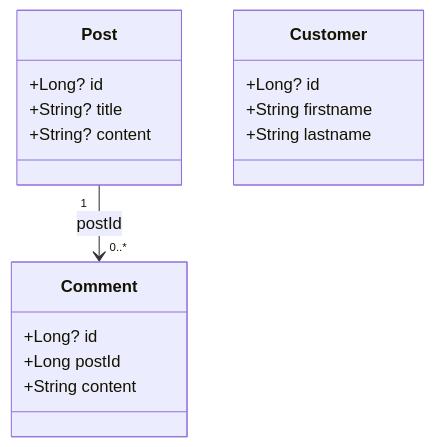
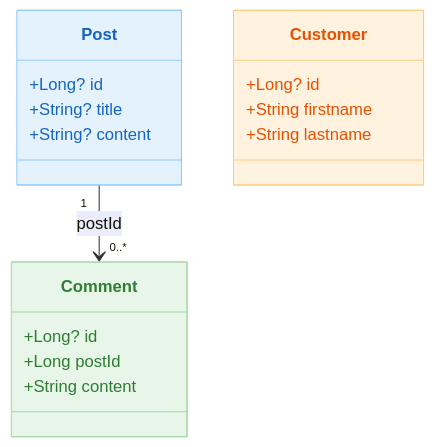
One commit to bluetape4k/exposed-workshop changed the third of 3 diagrams in 02-alternatives-to-jpa/r2dbc-example/README.md. Above: the diagram before and after it, drawn with Mermaid. The commit also changed 56 other files, not shown here.

First line of the commit message:
docs: 전체 README mermaid 다이어그램에 파스텔 톤 색상 적용

````diff
--- a/02-alternatives-to-jpa/r2dbc-example/README.md
+++ b/02-alternatives-to-jpa/r2dbc-example/README.md
@@ -65,19 +65,23 @@
 ```mermaid
 classDiagram
     class Post {
         +Long? id
         +String? title
         +String? content
     }
     class Comment {
         +Long? id
         +Long postId
         +String content
     }
     class Customer {
         +Long? id
         +String firstname
         +String lastname
     }
     Post "1" --> "0..*" Comment: postId
+
+    style Post fill:#E3F2FD,stroke:#90CAF9,color:#1565C0
+    style Comment fill:#E8F5E9,stroke:#A5D6A7,color:#2E7D32
+    style Customer fill:#FFF3E0,stroke:#FFCC80,color:#E65100
 ```
````
